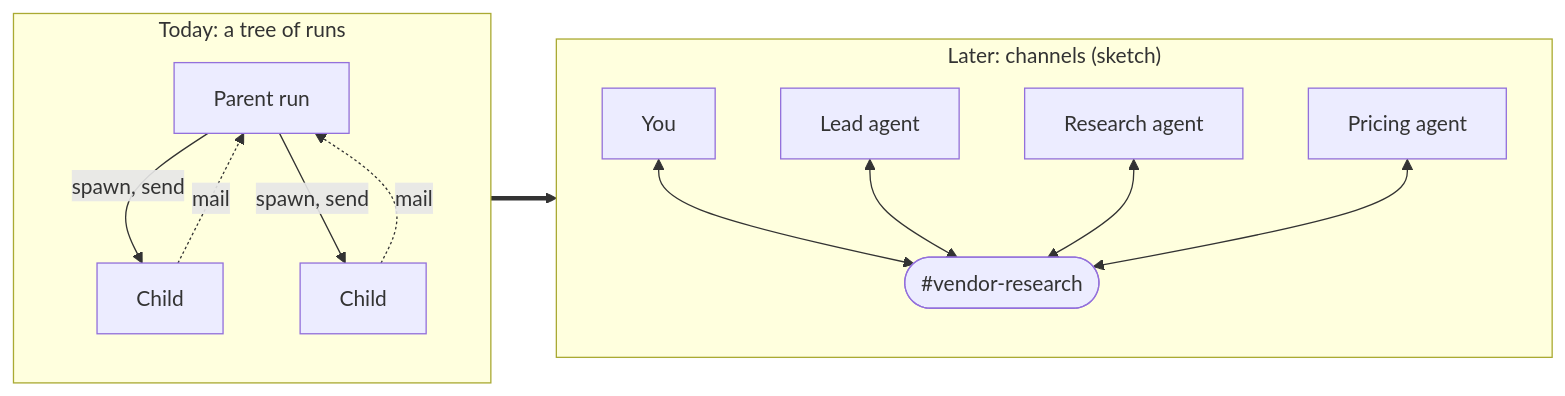
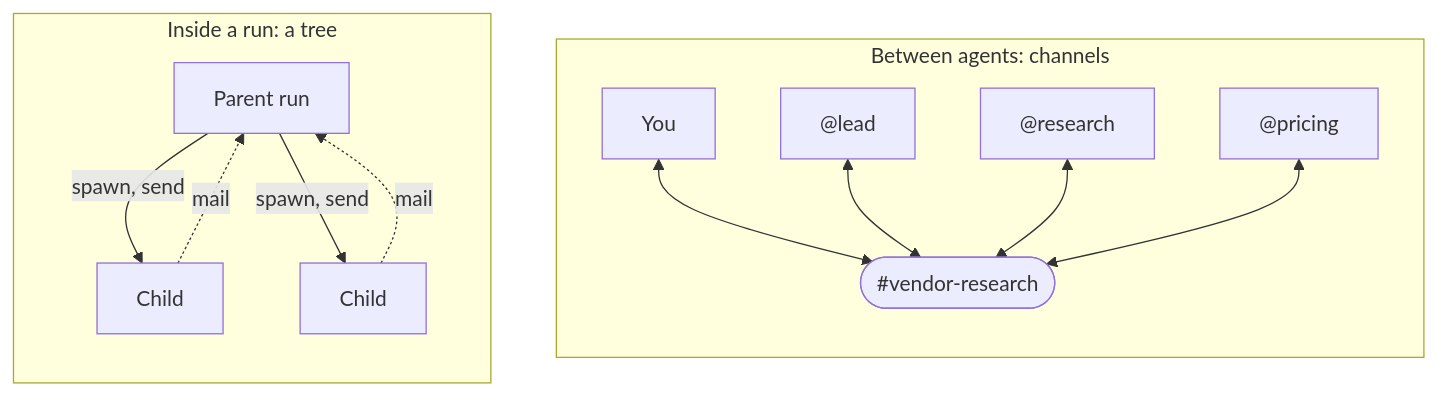
The fourth of 5 diagrams in README.md (mitchellalderson/tern-agent), drawn with Mermaid before and after one commit. The commit also changed other lines of this file, not shown here.

Commit message:
README: agents and starters, provider presets, scoped approvals, python tool, channels now built; shorter first-run path

````diff
--- a/README.md
+++ b/README.md
@@ -174,21 +191,21 @@
 ```mermaid
 flowchart LR
-    subgraph now["Today: a tree of runs"]
+    subgraph tree["Inside a run: a tree"]
         direction TB
         p["Parent run"] -- "spawn, send" --> c1["Child"]
         p -- "spawn, send" --> c2["Child"]
         c1 -. "mail" .-> p
         c2 -. "mail" .-> p
     end
 
-    subgraph next["Later: channels (sketch)"]
+    subgraph chans["Between agents: channels"]
         direction TB
         ch(["#vendor-research"])
         you["You"] <--> ch
-        lead["Lead agent"] <--> ch
-        a1["Research agent"] <--> ch
-        a2["Pricing agent"] <--> ch
+        lead["@lead"] <--> ch
+        a1["@research"] <--> ch
+        a2["@pricing"] <--> ch
     end
 
-    now ==> next
+    tree ~~~ chans
 ```
````
